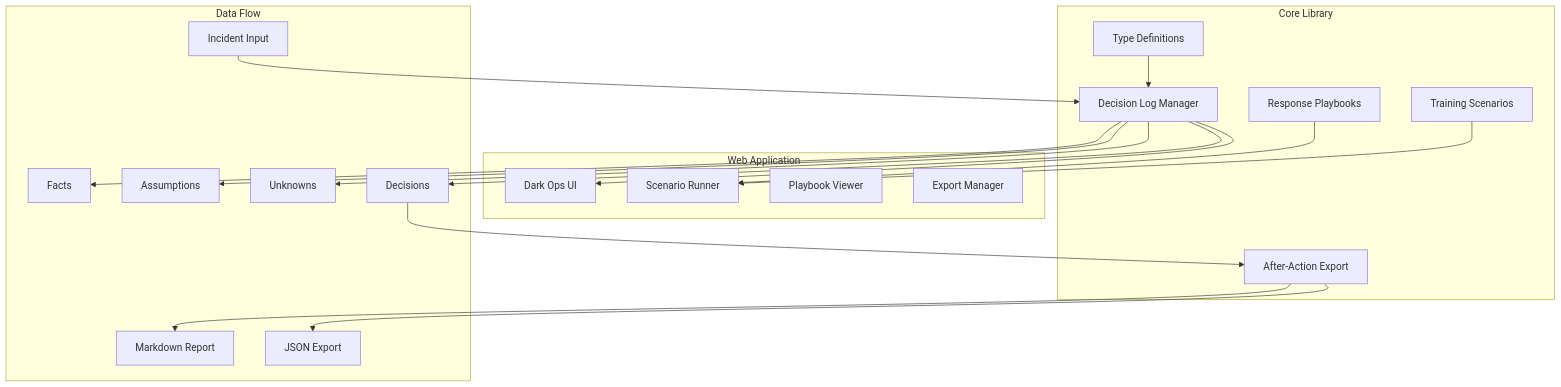
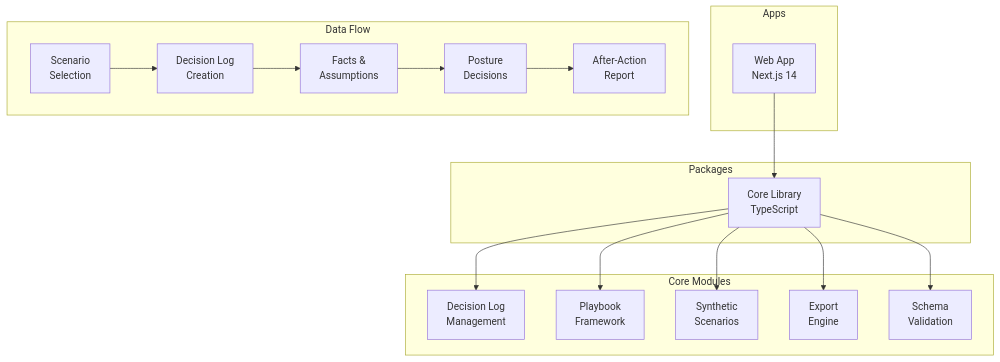
Before and after one commit to swb2019/gsoc-decision-ops: the diagram in README.md, drawn with Mermaid. The commit also changed other lines of this file and 14 other files, not shown here.

First line of the commit message:
fix: resolve TypeScript JSX and project reference configuration

````diff
--- a/README.md
+++ b/README.md
@@ -42,33 +80,33 @@
 ```mermaid
 graph TB
-    subgraph "Core Library"
-        Types[Type Definitions]
-        DecisionLog[Decision Log Manager]
-        Playbooks[Response Playbooks]
-        Export[After-Action Export]
-        Scenarios[Training Scenarios]
+    subgraph "Apps"
+        WEB[Web App<br/>Next.js 14]
     end
-
-    subgraph "Web Application"
-        UI[Dark Ops UI]
-        ScenarioView[Scenario Runner]
-        PlaybookView[Playbook Viewer]
-        ExportView[Export Manager]
+    
+    subgraph "Packages"
+        CORE[Core Library<br/>TypeScript]
     end
-
+    
+    subgraph "Core Modules"
+        DL[Decision Log<br/>Management]
+        PB[Playbook<br/>Framework]
+        SC[Synthetic<br/>Scenarios]
+        EX[Export<br/>Engine]
+        VAL[Schema<br/>Validation]
+    end
+    
+    WEB --> CORE
+    CORE --> DL
+    CORE --> PB
+    CORE --> SC
+    CORE --> EX
+    CORE --> VAL
+    
     subgraph "Data Flow"
-        Input[Incident Input] --> DecisionLog
-        DecisionLog --> Facts[Facts]
-        DecisionLog --> Assumptions[Assumptions]
-        DecisionLog --> Unknowns[Unknowns]
-        DecisionLog --> Decisions[Decisions]
-        Decisions --> Export
-        Export --> Markdown[Markdown Report]
-        Export --> JSON[JSON Export]
+        direction LR
+        SCENARIO[Scenario<br/>Selection] --> LOG[Decision Log<br/>Creation]
+        LOG --> FACTS[Facts &<br/>Assumptions]
+        FACTS --> DECISIONS[Posture<br/>Decisions]
+        DECISIONS --> EXPORT[After-Action<br/>Report]
     end
-
-    Types --> DecisionLog
-    Playbooks --> ScenarioView
-    DecisionLog --> UI
-    Scenarios --> ScenarioView
 ```
````
